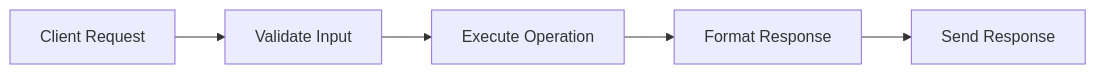
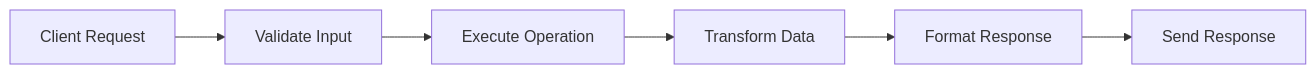
Before and after one commit to johnib/kusto-mcp: the second of 9 diagrams in memory-bank/systemPatterns.md, drawn with Mermaid. The commit also changed other lines of this file and 26 other files, not shown here.

````diff
--- a/memory-bank/systemPatterns.md
+++ b/memory-bank/systemPatterns.md
@@ -60,7 +66,8 @@
 ```mermaid
 flowchart LR
     Request[Client Request] --> Validate[Validate Input]
     Validate --> Execute[Execute Operation]
-    Execute --> Format[Format Response]
+    Execute --> Transform[Transform Data]
+    Transform --> Format[Format Response]
     Format --> Response[Send Response]
 ```
````
